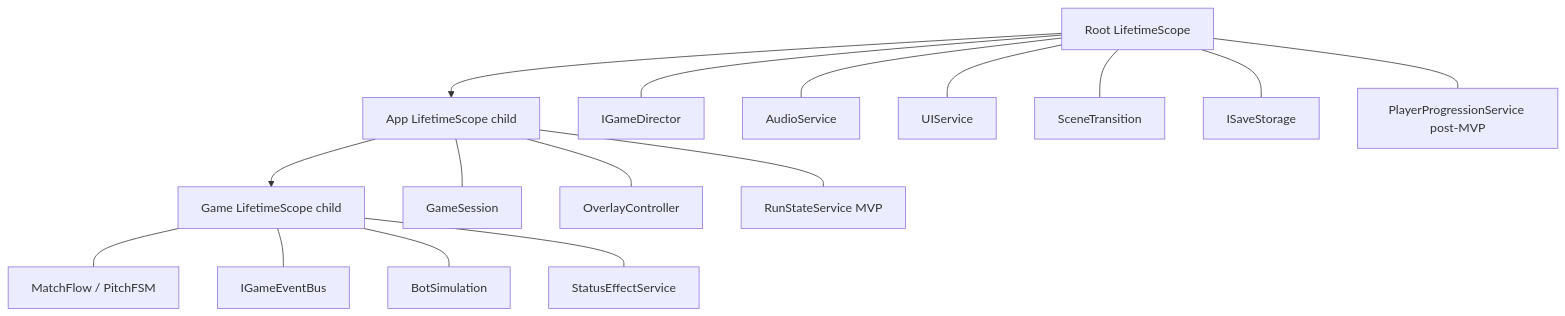
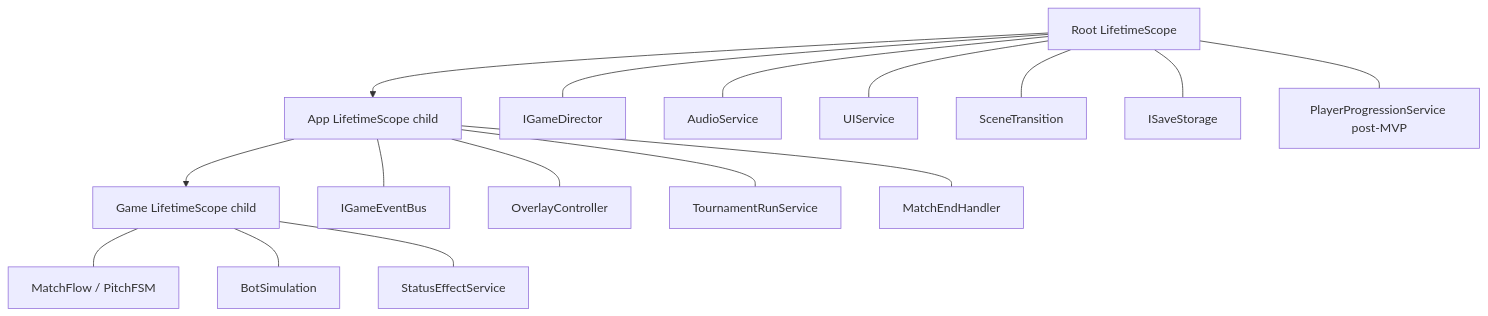
One commit to DeployChef/Futboloid changed the diagram in Wiki/FutboloidWiki/Архитектура/DI и LifetimeScope.md. Above: the diagram before and after it, drawn with Mermaid. The commit also changed other lines of this file and 74 other files, not shown here.

````diff
--- a/Wiki/FutboloidWiki/Архитектура/DI и LifetimeScope.md
+++ b/Wiki/FutboloidWiki/Архитектура/DI и LifetimeScope.md
@@ -19,25 +19,25 @@
 ```mermaid
 flowchart TB
     Root[Root LifetimeScope]
     App[App LifetimeScope child]
     Game[Game LifetimeScope child]
 
     Root --> App
     App --> Game
 
     Root --- R1[IGameDirector]
     Root --- R2[AudioService]
     Root --- R3[UIService]
     Root --- R4[SceneTransition]
     Root --- R5[ISaveStorage]
     Root --- R6[PlayerProgressionService post-MVP]
 
-    App --- A1[GameSession]
+    App --- A1[IGameEventBus]
     App --- A2[OverlayController]
-    App --- A3[RunStateService MVP]
+    App --- A3[TournamentRunService]
+    App --- A4[MatchEndHandler]
 
     Game --- G1[MatchFlow / PitchFSM]
-    Game --- G2[IGameEventBus]
     Game --- G3[BotSimulation]
     Game --- G4[StatusEffectService]
 ```
````
